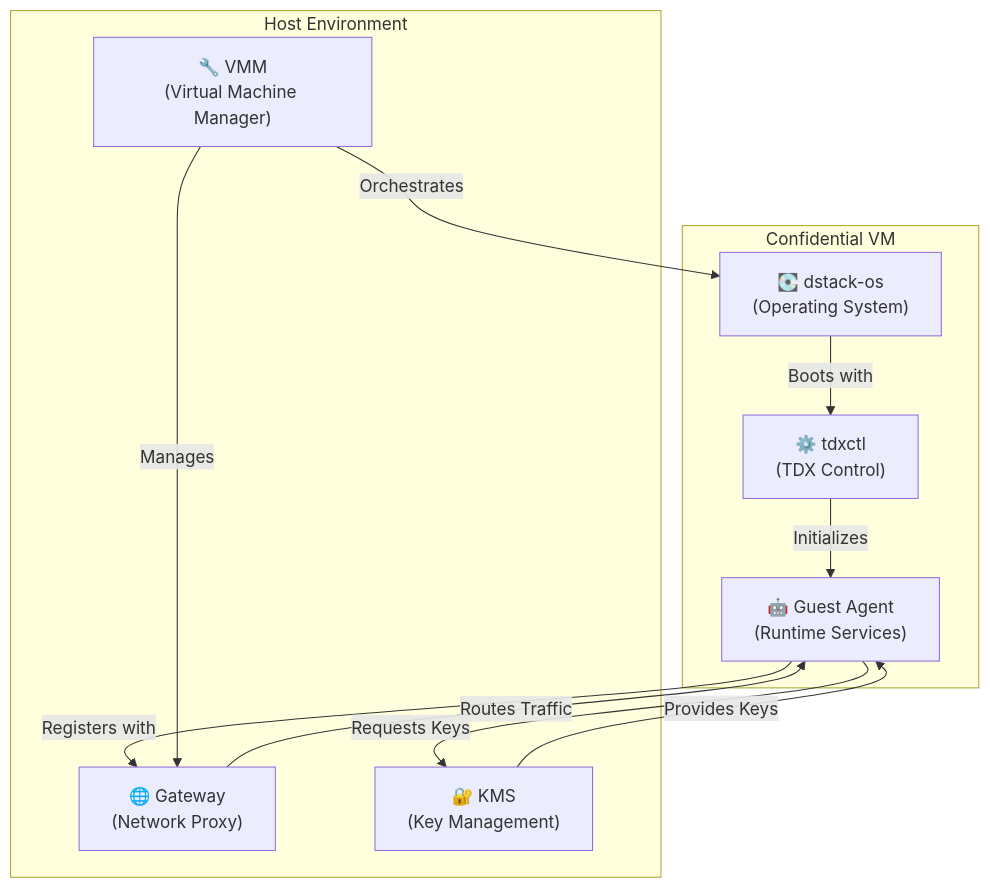
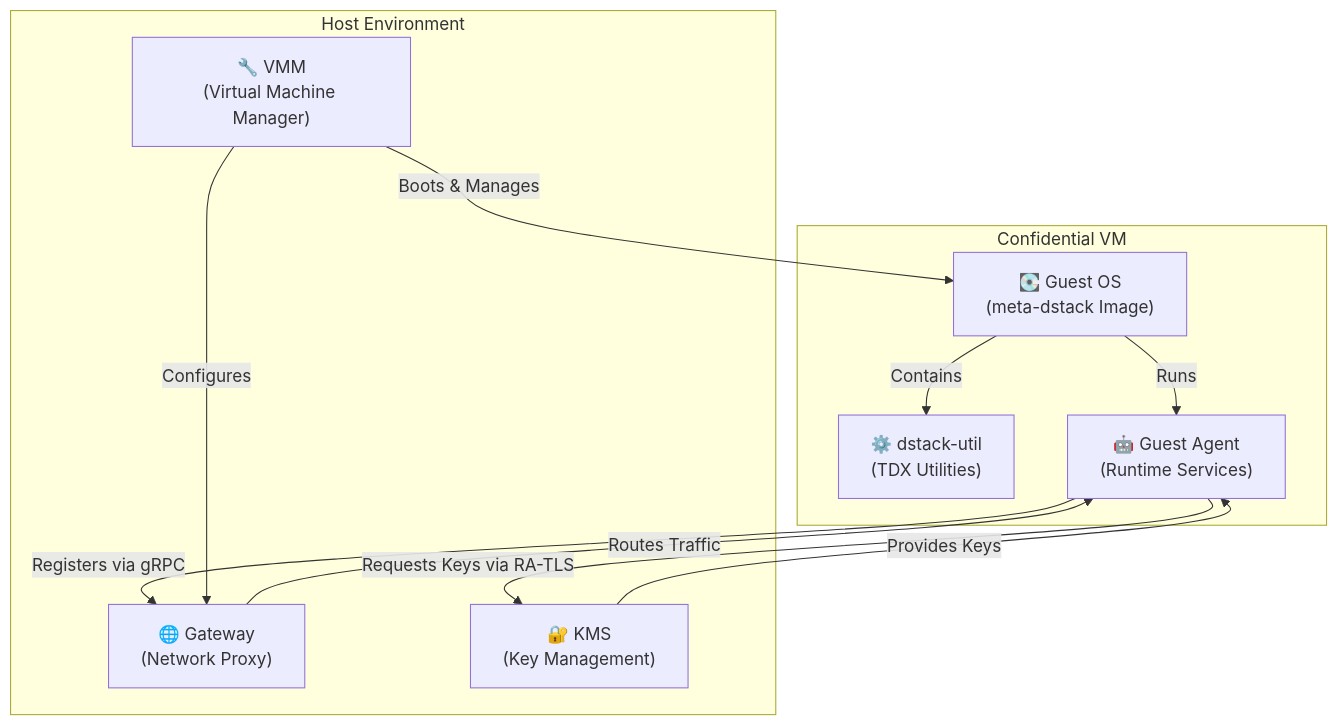
One commit to Dstack-TEE/dstack changed the first of 2 diagrams in docs/concepts/core-components.mdx. Above: the diagram before and after it, drawn with Mermaid. The commit also changed other lines of this file, not shown here.

````diff
--- a/docs/concepts/core-components.mdx
+++ b/docs/concepts/core-components.mdx
@@ -18,24 +18,24 @@
 ```mermaid
 graph TB
     subgraph "Host Environment"
         VMM["🔧 VMM<br/>(Virtual Machine Manager)"]
         Gateway["🌐 Gateway<br/>(Network Proxy)"]
         KMS["🔐 KMS<br/>(Key Management)"]
     end
     
     subgraph "Confidential VM"
-        OS["💽 dstack-os<br/>(Operating System)"]
-        TDXctl["⚙️ tdxctl<br/>(TDX Control)"]
+        GuestOS["💽 Guest OS<br/>(meta-dstack Image)"]
+        DstackUtil["⚙️ dstack-util<br/>(TDX Utilities)"]
         Agent["🤖 Guest Agent<br/>(Runtime Services)"]
     end
     
-    VMM -->|"Orchestrates"| OS
+    VMM -->|"Boots & Manages"| GuestOS
     Gateway -->|"Routes Traffic"| Agent
     KMS -->|"Provides Keys"| Agent
-    OS -->|"Boots with"| TDXctl
-    TDXctl -->|"Initializes"| Agent
+    GuestOS -->|"Contains"| DstackUtil
+    GuestOS -->|"Runs"| Agent
     
-    Agent -->|"Registers with"| Gateway
-    Agent -->|"Requests Keys"| KMS
-    VMM -->|"Manages"| Gateway
+    Agent -->|"Registers via gRPC"| Gateway
+    Agent -->|"Requests Keys via RA-TLS"| KMS
+    VMM -->|"Configures"| Gateway
 ```
````
